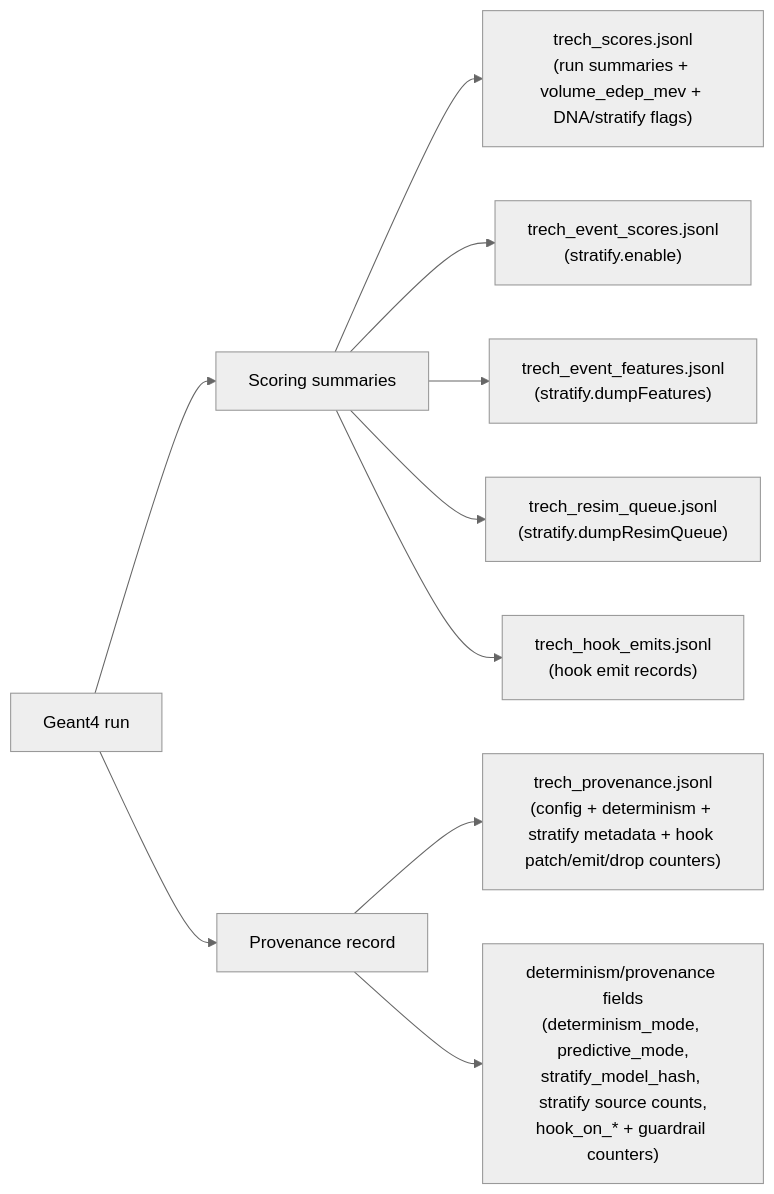
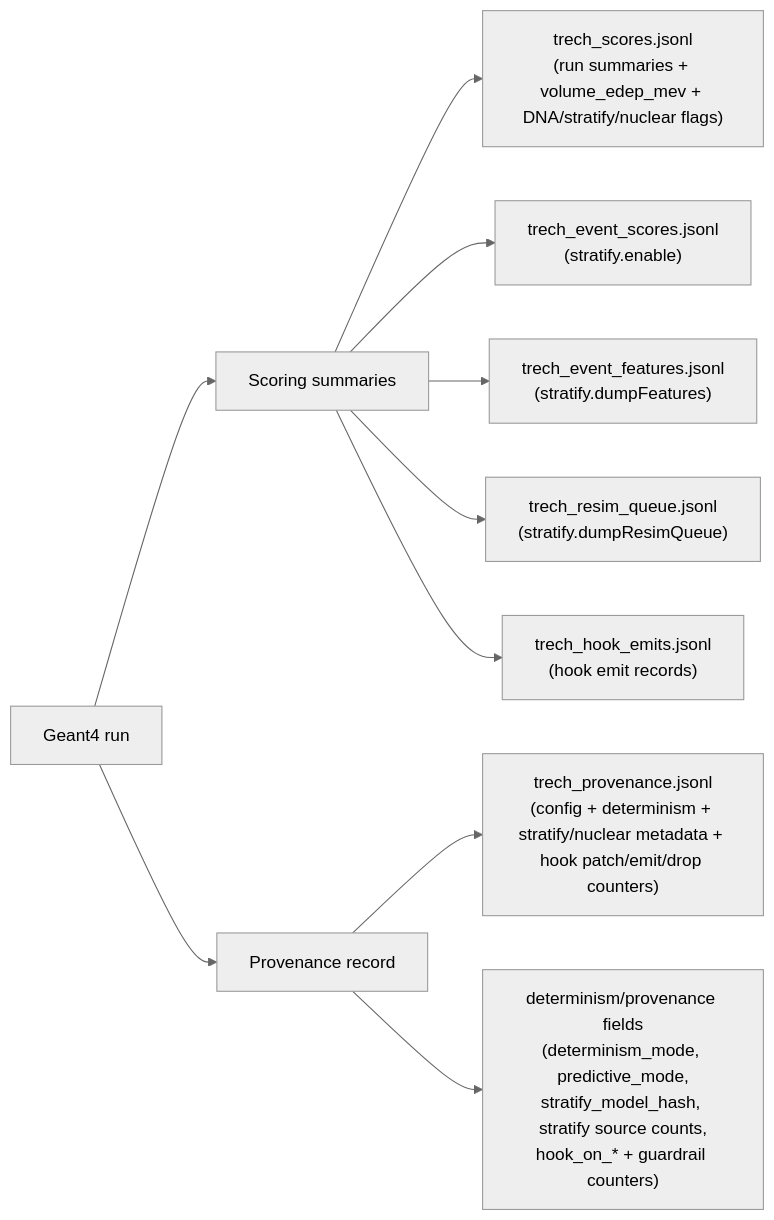
One commit to Geckos-Ink/trech changed the fourth of 8 diagrams in CHARTS.md. Above: the diagram before and after it, drawn with Mermaid (neutral theme). The commit also changed other lines of this file and 17 other files, not shown here.

````diff
--- a/CHARTS.md
+++ b/CHARTS.md
@@ -96,12 +98,12 @@
 ```mermaid
 flowchart LR
   RUN["Geant4 run"] --> SCORING["Scoring summaries"]
   RUN --> PROV["Provenance record"]
-  SCORING --> S1["trech_scores.jsonl\n(run summaries + volume_edep_mev + DNA/stratify flags)"]
+  SCORING --> S1["trech_scores.jsonl\n(run summaries + volume_edep_mev + DNA/stratify/nuclear flags)"]
   SCORING --> S2["trech_event_scores.jsonl\n(stratify.enable)"]
   SCORING --> S3["trech_event_features.jsonl\n(stratify.dumpFeatures)"]
   SCORING --> S4["trech_resim_queue.jsonl\n(stratify.dumpResimQueue)"]
   SCORING --> S5["trech_hook_emits.jsonl\n(hook emit records)"]
-  PROV --> P1["trech_provenance.jsonl\n(config + determinism + stratify metadata + hook patch/emit/drop counters)"]
+  PROV --> P1["trech_provenance.jsonl\n(config + determinism + stratify/nuclear metadata + hook patch/emit/drop counters)"]
   PROV --> P2["determinism/provenance fields\n(determinism_mode, predictive_mode,\nstratify_model_hash, stratify source counts,\nhook_on_* + guardrail counters)"]
 ```
````
